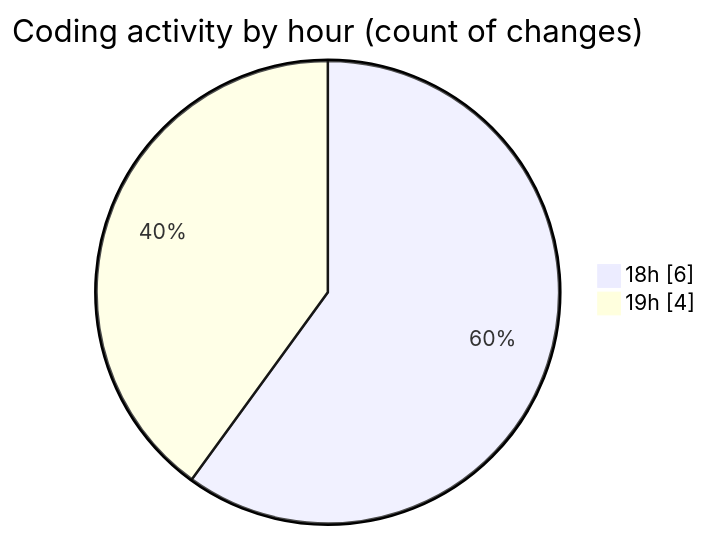
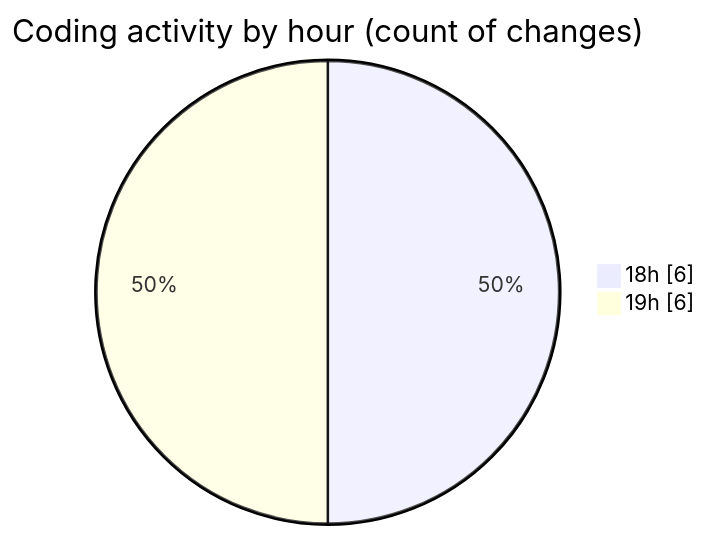
One commit to Netris89/code-tracking changed the second of 2 diagrams in 2025-04-23/back-end/README.md. Above: the diagram before and after it, drawn with Mermaid. The commit also changed other lines of this file and 1 other file, not shown here.

````diff
--- a/2025-04-23/back-end/README.md
+++ b/2025-04-23/back-end/README.md
@@ -30,6 +30,6 @@
 ```mermaid
 pie showData
 title Coding activity by hour (count of changes)
 "18h" : 6
-"19h" : 4
+"19h" : 6
 ```
````
